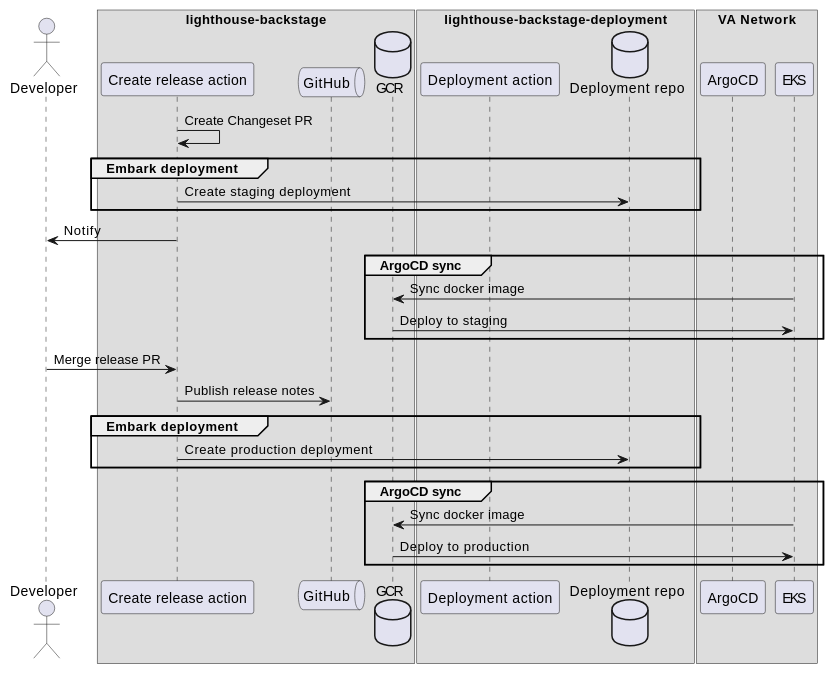
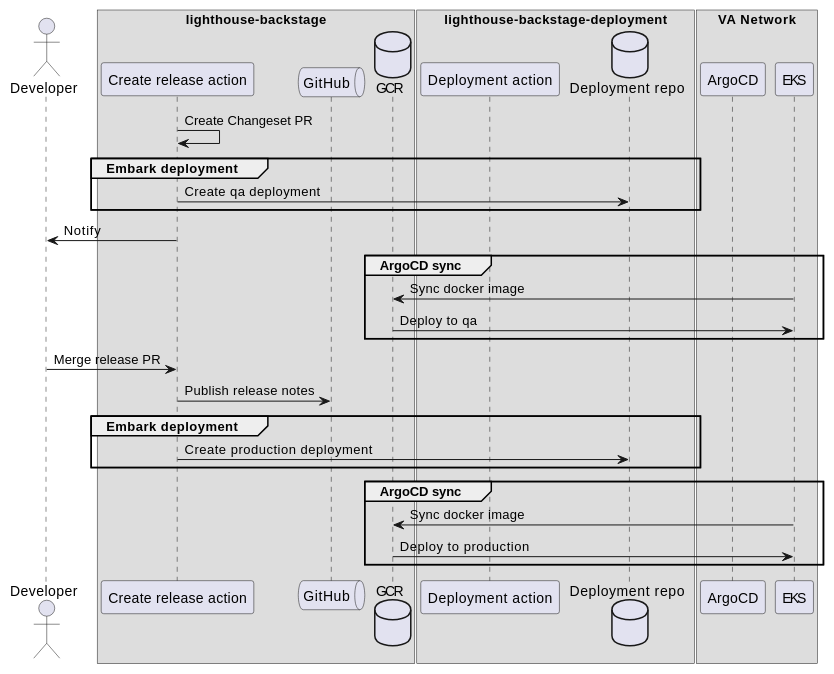
The eighth of 8 diagrams in docs/deployment.md (TS000/lighthouse-developer-portal), drawn with PlantUML before and after one commit. The commit also changed other lines of this file, not shown here.

Commit message:
update environment name from staging to qa (#278)

````diff
--- a/docs/deployment.md
+++ b/docs/deployment.md
@@ -245,34 +245,34 @@
 ```plantuml
 actor Developer as dev
 box "lighthouse-backstage"
 participant "Create release action" as builder
 queue "GitHub" as platform
 database "GCR" as storage
 end box
 box "lighthouse-backstage-deployment"
 participant "Deployment action" as depaction
 database "Deployment repo" as drepo
 end box
 box VA Network
 participant "ArgoCD" as deployer
 participant "EKS" as runner
 end box
 builder -> builder: Create Changeset PR
 group Embark deployment
-builder-> drepo: Create staging deployment
+builder-> drepo: Create qa deployment
 end
 builder -> dev: Notify
 group ArgoCD sync
 runner->storage : Sync docker image
-storage->runner : Deploy to staging
+storage->runner : Deploy to qa
 end
 dev -> builder: Merge release PR
 builder-> platform : Publish release notes
 group Embark deployment
 builder-> drepo: Create production deployment
 end
 group ArgoCD sync
 runner->storage : Sync docker image
 storage->runner : Deploy to production
 end
 ```
````
